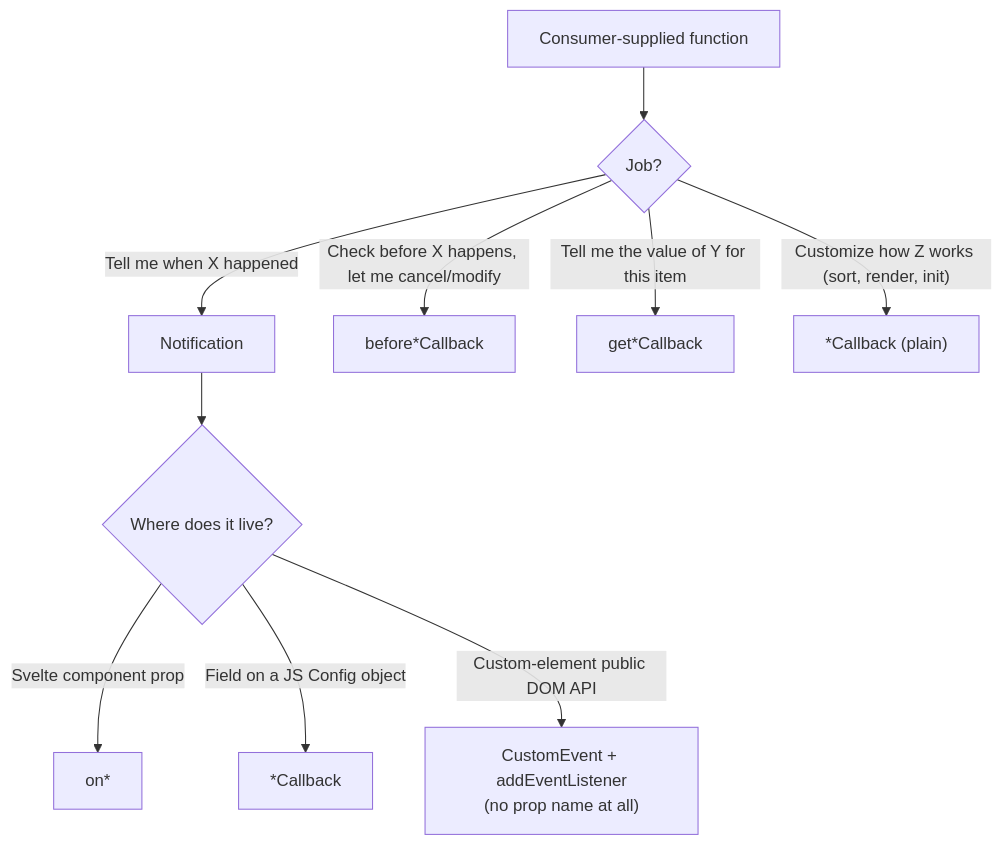
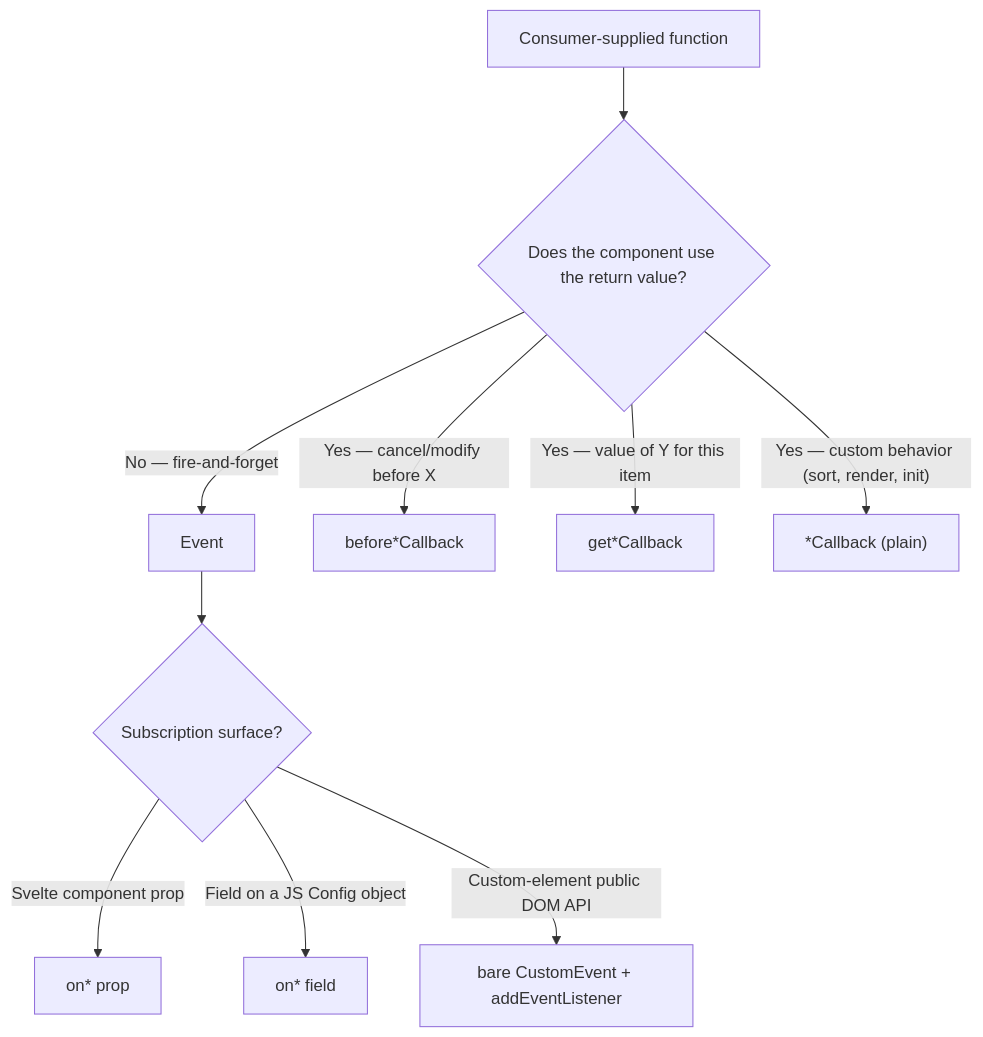
One commit to bliss-framework/web changed the diagram in docs/coding-guidelines-javascript/naming-conventions.md. Above: the diagram before and after it, drawn with Mermaid. The commit also changed other lines of this file, not shown here.

First line of the commit message:
naming-conventions: callback-vs-event split on return value, not host

````diff
--- a/docs/coding-guidelines-javascript/naming-conventions.md
+++ b/docs/coding-guidelines-javascript/naming-conventions.md
@@ -185,12 +192,12 @@
 ```mermaid
 flowchart TD
-    A[Consumer-supplied function] --> B{Job?}
-    B -->|"Tell me when X happened"| C[Notification]
-    B -->|"Check before X happens, let me cancel/modify"| D[before*Callback]
-    B -->|"Tell me the value of Y for this item"| E[get*Callback]
-    B -->|"Customize how Z works (sort, render, init)"| F["*Callback (plain)"]
-    C --> G{Where does it live?}
-    G -->|"Svelte component prop"| H["on*"]
-    G -->|"Field on a JS Config object"| I["*Callback"]
-    G -->|"Custom-element public DOM API"| J["CustomEvent + addEventListener<br/>(no prop name at all)"]
+    A[Consumer-supplied function] --> B{Does the component use the return value?}
+    B -->|"No — fire-and-forget"| C[Event]
+    B -->|"Yes — cancel/modify before X"| D[before*Callback]
+    B -->|"Yes — value of Y for this item"| E[get*Callback]
+    B -->|"Yes — custom behavior (sort, render, init)"| F["*Callback (plain)"]
+    C --> G{Subscription surface?}
+    G -->|"Svelte component prop"| H["on* prop"]
+    G -->|"Field on a JS Config object"| I["on* field"]
+    G -->|"Custom-element public DOM API"| J["bare CustomEvent + addEventListener"]
 ```
````
